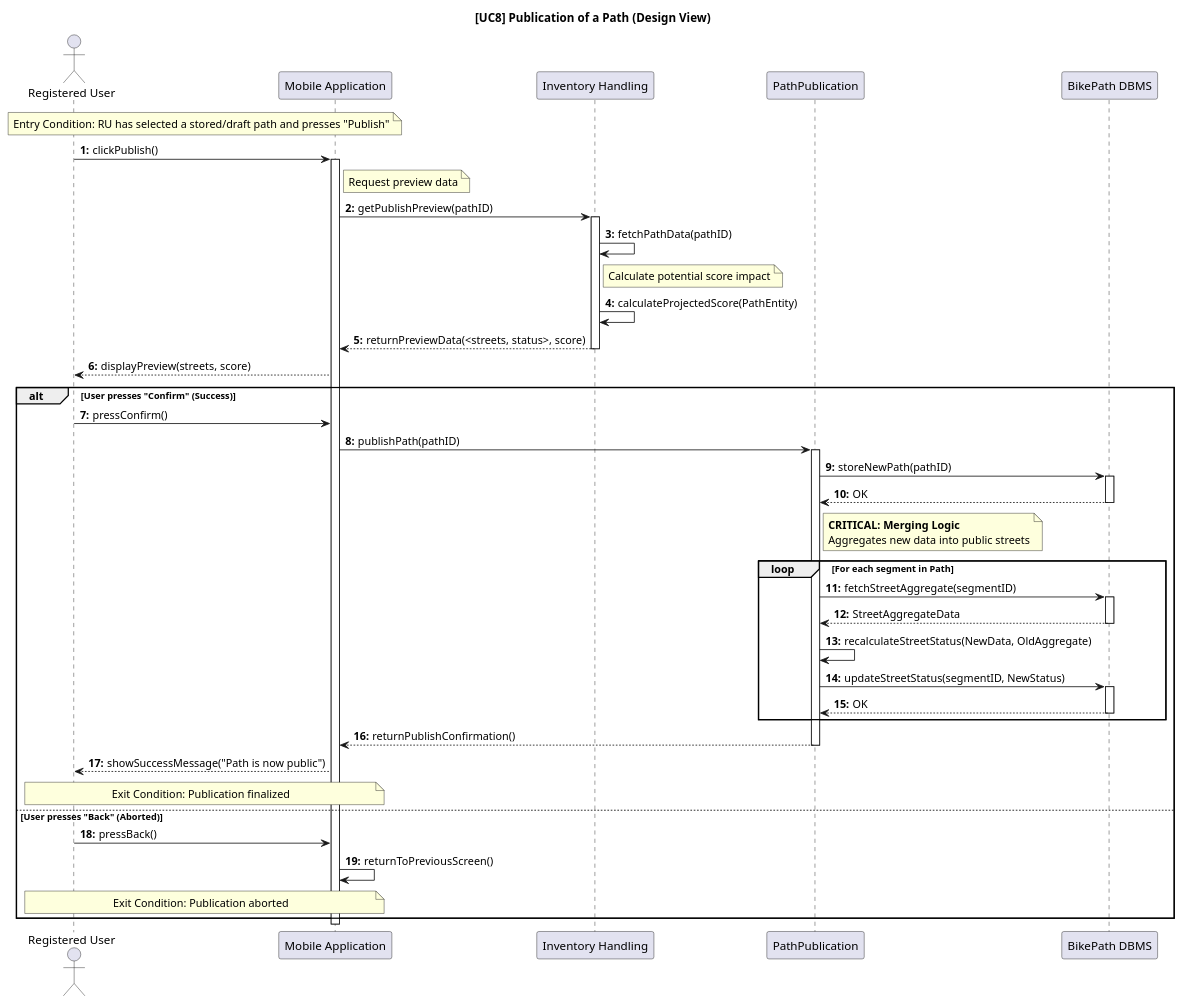
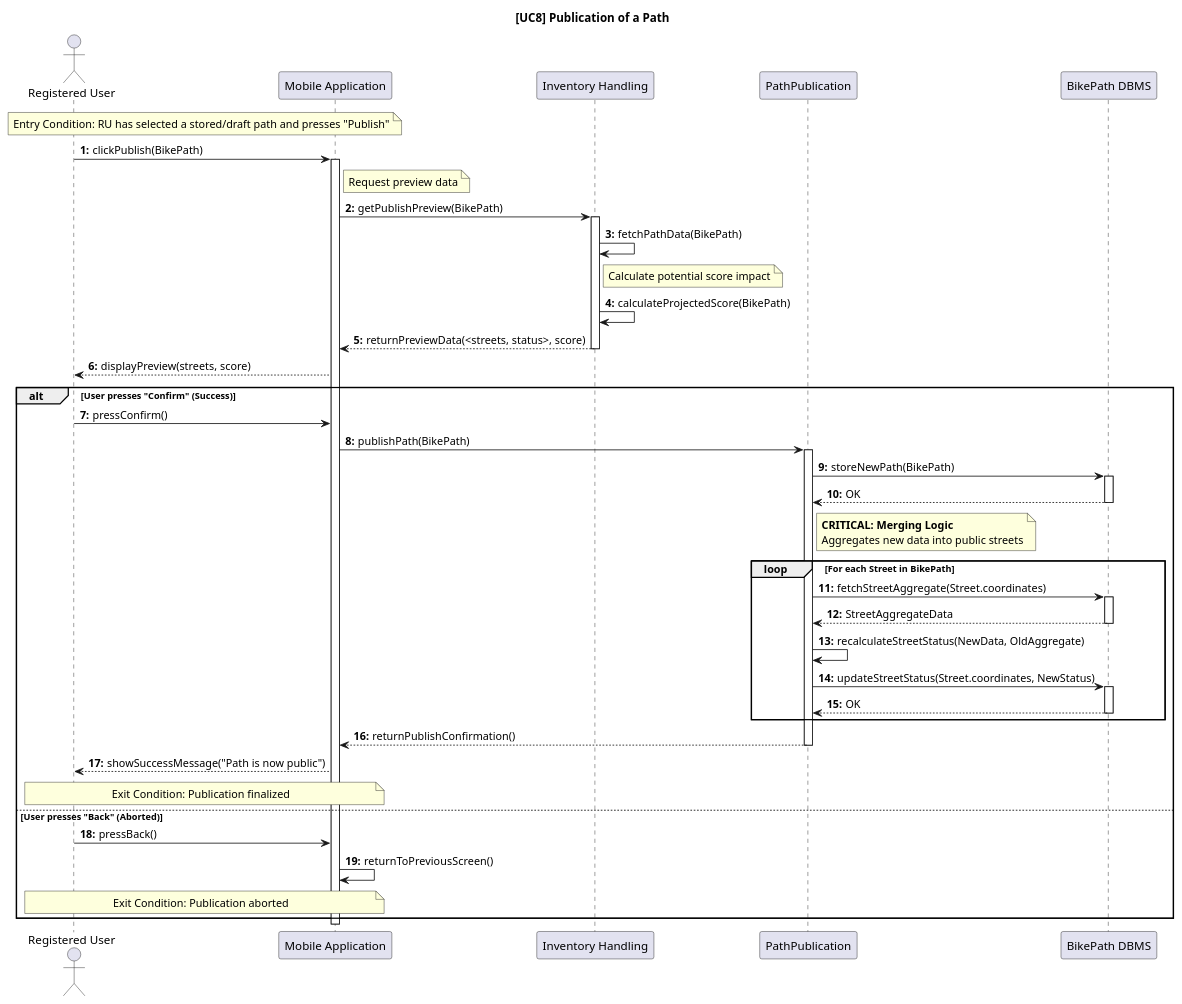
The diagram in DD/sequencediagrams/usecase8.puml (ilevinci/RubinoUvinsiVinciguerra), drawn with PlantUML before and after one commit. The commit also changed 5 other files, not shown here.

Commit message:
changes in consistency between sequence diagram and class diagram

```diff
--- a/DD/sequencediagrams/usecase8.puml
+++ b/DD/sequencediagrams/usecase8.puml
@@ -1,93 +1,92 @@
 @startuml UC8_PublicationPath_Design
 autonumber "<b>0:"
-title [UC8] Publication of a Path (Design View)
+title [UC8] Publication of a Path
 
 ' =======================================================
 ' COMPONENT DEFINITION
 ' =======================================================
 actor "Registered User" as RU
 participant "Mobile Application" as Client
 participant "Inventory Handling" as IH
 
 ' Backend System
 participant "PathPublication" as PM
 participant "BikePath DBMS" as DB
 
 ' =======================================================
 ' ENTRY CONDITION
 ' =======================================================
 note over RU, Client: Entry Condition: RU has selected a stored/draft path and presses "Publish"
 
 ' =======================================================
 ' (a) PREVIEW GENERATION
 ' =======================================================
-RU -> Client: clickPublish()
+RU -> Client: clickPublish(BikePath)
 activate Client
 
 ' Il Client richiede i dati aggiornati per la preview (es. Score attuale)
 note right of Client: Request preview data
-Client -> IH: getPublishPreview(pathID)
+Client -> IH: getPublishPreview(BikePath)
 activate IH
 
 ' Recupero dati grezzi
-IH -> IH: fetchPathData(pathID)
-
+IH -> IH: fetchPathData(BikePath)
 ' Calcolo preliminare dello score (Preview)
 note right of IH: Calculate potential score impact
-IH -> IH: calculateProjectedScore(PathEntity)
+IH -> IH: calculateProjectedScore(BikePath)
 
 IH --> Client: returnPreviewData(<streets, status>, score)
 deactivate IH
 ' Visualizzazione
 Client --> RU: displayPreview(streets, score)
 
 ' =======================================================
 ' EXIT CONDITION: CONFIRM OR BACK
 ' =======================================================
 alt User presses "Confirm" (Success)
     RU -> Client: pressConfirm()
 
     
-    Client -> PM: publishPath(pathID)
+    Client -> PM: publishPath(BikePath)
     activate PM
 
     ' 1. Aggiornamento Visibilità
-    PM -> DB: storeNewPath(pathID)
+    PM -> DB: storeNewPath(BikePath)
     activate DB
     DB --> PM: OK
     deactivate DB
 
     ' 2. ESECUZIONE MERGING LOGIC (Core Business Logic)
     note right of PM: **CRITICAL: Merging Logic**\nAggregates new data into public streets
     
-    loop For each segment in Path
-        PM -> DB: fetchStreetAggregate(segmentID)
+    loop For each Street in BikePath
+        PM -> DB: fetchStreetAggregate(Street.coordinates)
         activate DB
         DB --> PM: StreetAggregateData
         deactivate DB
         
         PM -> PM: recalculateStreetStatus(NewData, OldAggregate)
         
-        PM -> DB: updateStreetStatus(segmentID, NewStatus)
+        PM -> DB: updateStreetStatus(Street.coordinates, NewStatus)
         activate DB
         DB --> PM: OK
         deactivate DB
     end loop
 
     ' Risposta Finale
     PM --> Client: returnPublishConfirmation()
     deactivate PM
     
     Client --> RU: showSuccessMessage("Path is now public")
     note over RU, Client: Exit Condition: Publication finalized
 
 else User presses "Back" (Aborted)
     RU -> Client: pressBack()
     
     ' Nessuna interazione col server necessaria
     Client -> Client: returnToPreviousScreen()
     note over RU, Client: Exit Condition: Publication aborted
 end
 
 deactivate Client
 @enduml
```
